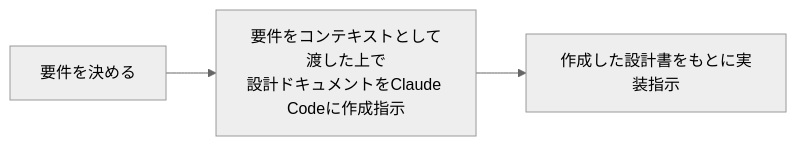
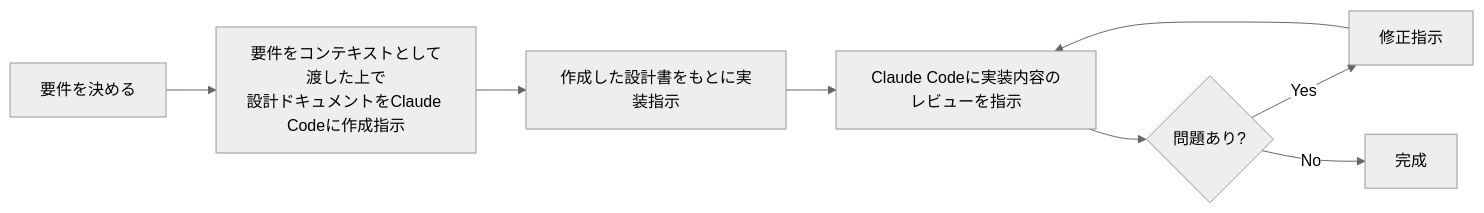
Before and after one commit to arie0703/tech-articles: the diagram in articles/00-pub-04-aws-iam-temporary-access.md, drawn with Mermaid (neutral theme).

Commit message:
pub-04: fix mermaid

````diff
--- a/articles/00-pub-04-aws-iam-temporary-access.md
+++ b/articles/00-pub-04-aws-iam-temporary-access.md
@@ -134,6 +134,11 @@
 ```mermaid
 flowchart LR
     A[要件を決める]
         --> B[要件をコンテキストとして渡した上で<br>設計ドキュメントをClaude Codeに作成指示]
         --> C[作成した設計書をもとに実装指示]
+        --> D[Claude Codeに実装内容のレビューを指示]
+        --> E{問題あり?}
+    E -- Yes --> F[修正指示]
+        --> D
+    E -- No --> G[完成]
 ```
````
